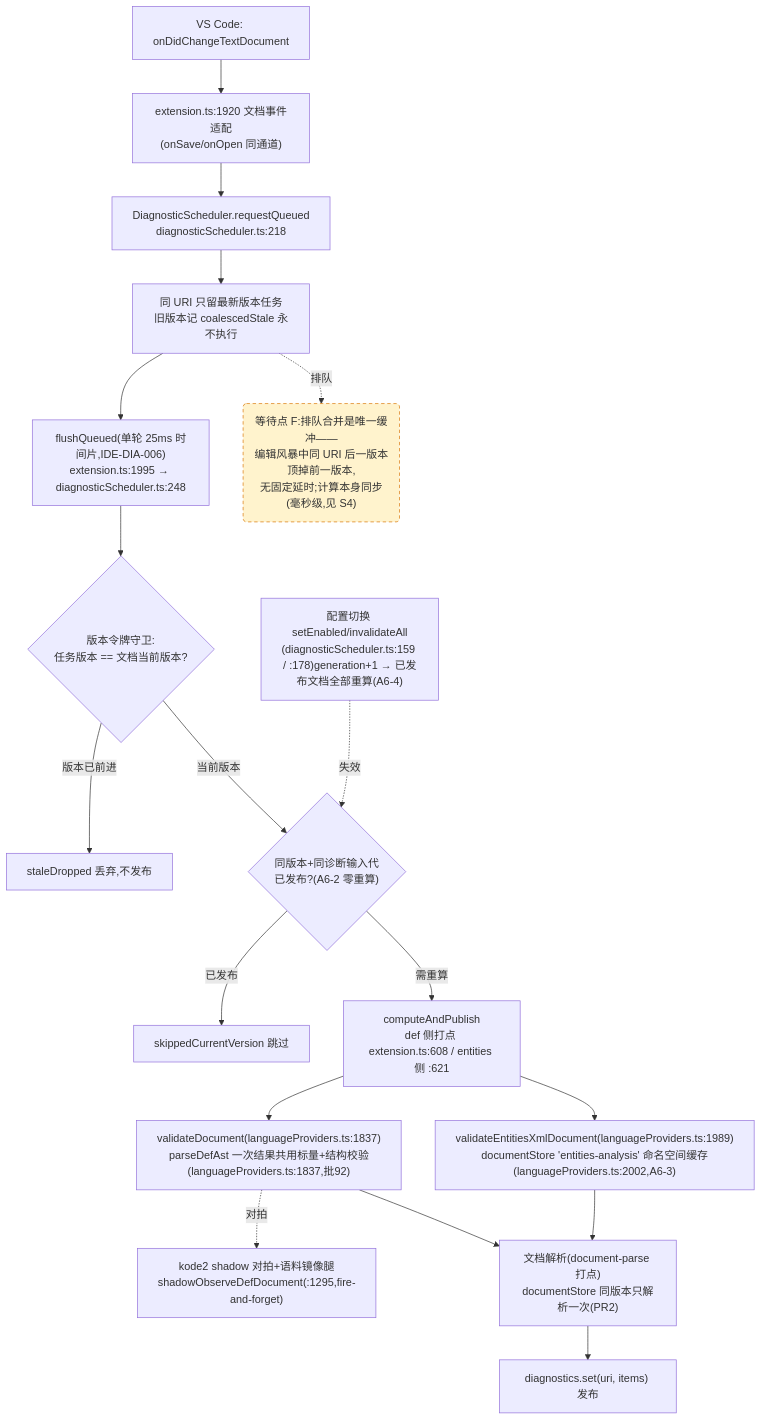
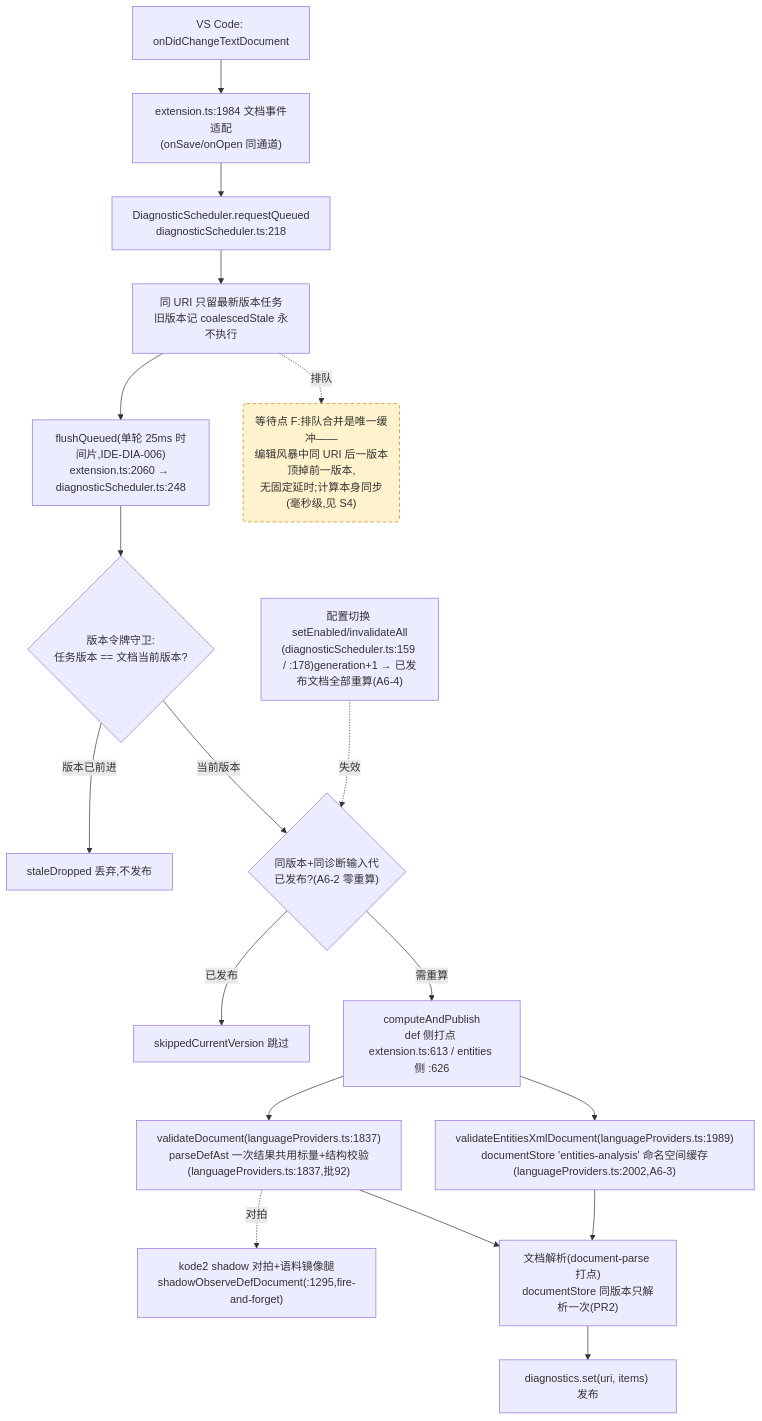
The fourth of 4 diagrams in docs/perf/2026-baseline.md (cuihairu/kode), drawn with Mermaid before and after one commit. The commit also changed other lines of this file and 11 other files, not shown here.

````diff
--- a/docs/perf/2026-baseline.md
+++ b/docs/perf/2026-baseline.md
@@ -214,38 +214,38 @@
 ```mermaid
 flowchart TD
   CHG["VS Code: onDidChangeTextDocument"]
-  WATCH["extension.ts:1920 文档事件适配<br/>(onSave/onOpen 同通道)"]
+  WATCH["extension.ts:1984 文档事件适配<br/>(onSave/onOpen 同通道)"]
   RQ["DiagnosticScheduler.requestQueued<br/>diagnosticScheduler.ts:218"]
   CO["同 URI 只留最新版本任务<br/>旧版本记 coalescedStale 永不执行"]
-  FL["flushQueued(单轮 25ms 时间片,IDE-DIA-006)<br/>extension.ts:1995 → diagnosticScheduler.ts:248"]
+  FL["flushQueued(单轮 25ms 时间片,IDE-DIA-006)<br/>extension.ts:2060 → diagnosticScheduler.ts:248"]
   VG{"版本令牌守卫:<br/>任务版本 == 文档当前版本?"}
   DROP["staleDropped 丢弃,不发布"]
   GEN{"同版本+同诊断输入代<br/>已发布?(A6-2 零重算)"}
   SKIP["skippedCurrentVersion 跳过"]
-  CALC["computeAndPublish<br/>def 侧打点 extension.ts:608 / entities 侧 :621"]
+  CALC["computeAndPublish<br/>def 侧打点 extension.ts:613 / entities 侧 :626"]
   VD["validateDocument(languageProviders.ts:1837)<br/>parseDefAst 一次结果共用标量+结构校验(languageProviders.ts:1837,批92)"]
   VEX["validateEntitiesXmlDocument(languageProviders.ts:1989)<br/>documentStore 'entities-analysis' 命名空间缓存(languageProviders.ts:2002,A6-3)"]
   SHDD["kode2 shadow 对拍+语料镜像腿<br/>shadowObserveDefDocument(:1295,fire-and-forget)"]
   DS["文档解析(document-parse 打点)<br/>documentStore 同版本只解析一次(PR2)"]
   PUB["diagnostics.set(uri, items) 发布"]
   CFG2["配置切换 setEnabled/invalidateAll<br/>(diagnosticScheduler.ts:159 / :178)generation+1 → 已发布文档全部重算(A6-4)"]
 
   CHG --> WATCH --> RQ --> CO --> FL --> VG
   VG -- "版本已前进" --> DROP
   VG -- "当前版本" --> GEN
   GEN -- "已发布" --> SKIP
   GEN -- "需重算" --> CALC
   CALC --> VD
   CALC --> VEX
   VD --> DS
   VEX --> DS
   DS --> PUB
   VD -.->|对拍| SHDD
   CFG2 -.->|失效| GEN
 
   WAITF("等待点 F:排队合并是唯一缓冲——<br/>编辑风暴中同 URI 后一版本顶掉前一版本,<br/>无固定延时;计算本身同步(毫秒级,见 S4)")
   CO -.->|排队| WAITF
 
   classDef waitPoint fill:#fff3cd,stroke:#d97706,stroke-dasharray:5 4;
   class WAITF waitPoint;
 ```
````
